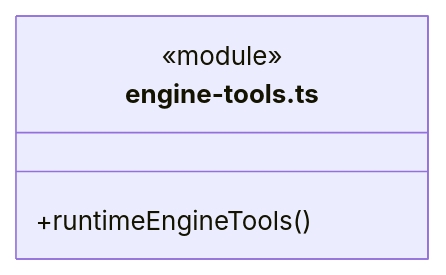
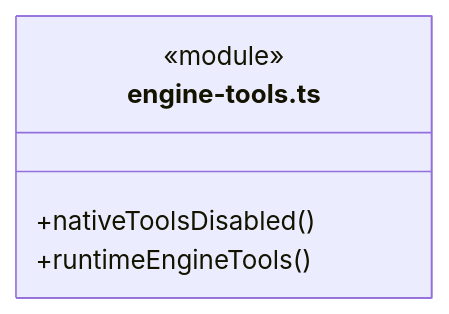
Before and after one commit to nan023062/cbim: the ninth of 19 diagrams in src/backend/core/brain/ARCHITECTURE.md, drawn with Mermaid. The commit also changed other lines of this file and 356 other files, not shown here.

First line of the commit message:
chore: preserve architecture remediation before desktop 0.1.7 alignment

````diff
--- a/src/backend/core/brain/ARCHITECTURE.md
+++ b/src/backend/core/brain/ARCHITECTURE.md
@@ -245,7 +250,8 @@
 ```mermaid
 classDiagram
 class N_src_backend_core_brain_engine_tools_ts["engine-tools.ts"] {
   <<module>>
+  +nativeToolsDisabled()
   +runtimeEngineTools()
 }
 ```
````
